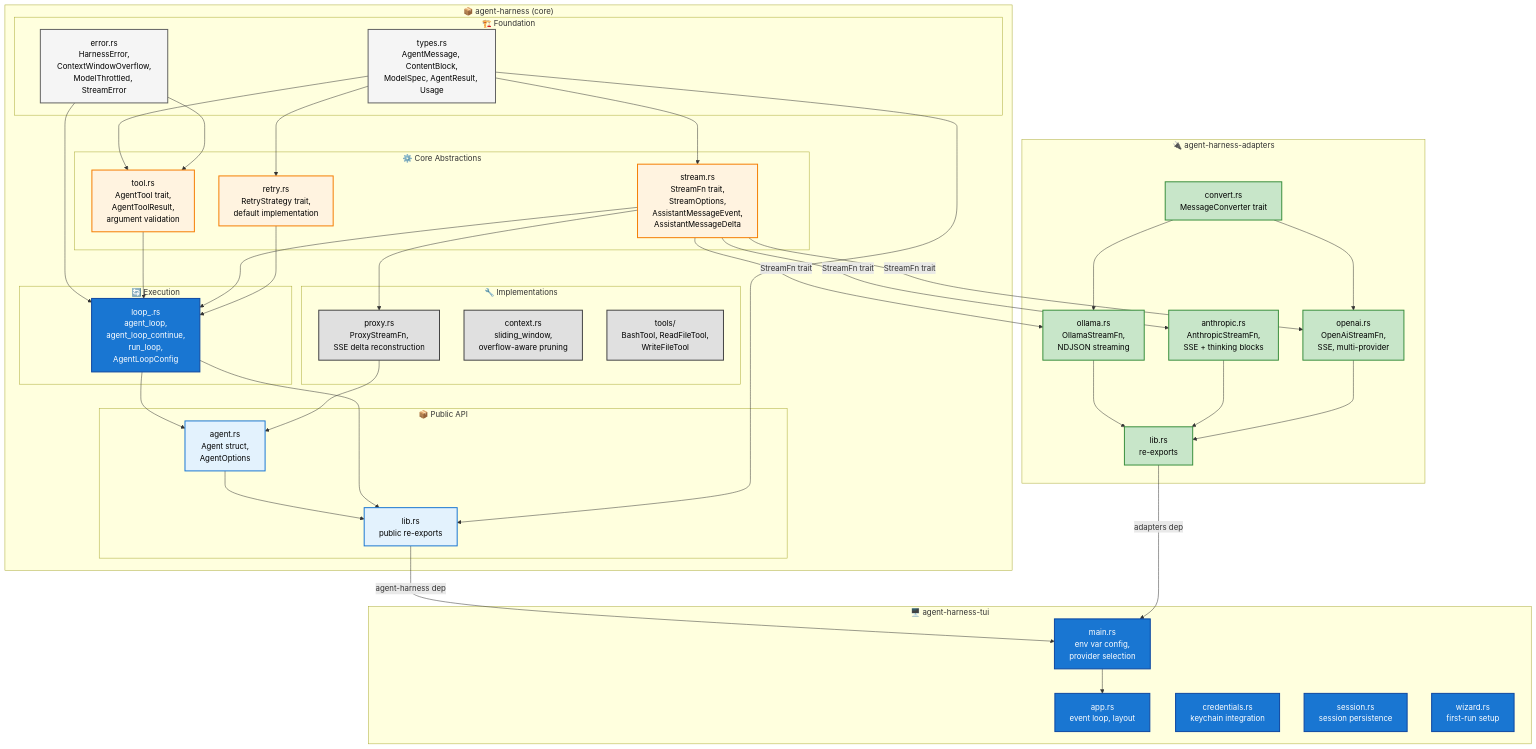
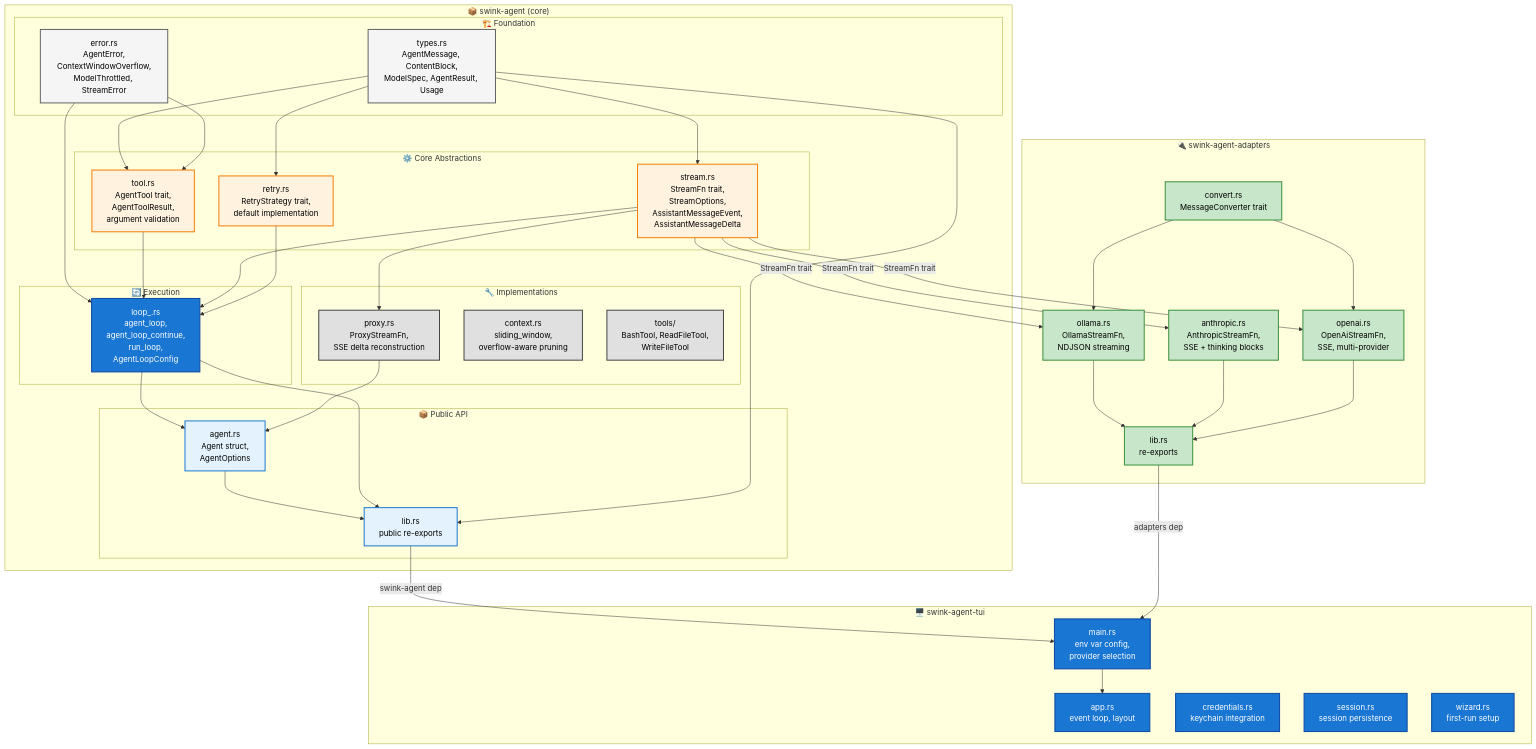
Before and after one commit to SuperSwinkAI/Swink-Agent: the fourth of 5 diagrams in docs/architecture/HLD.md, drawn with Mermaid. The commit also changed other lines of this file and 58 other files, not shown here.

First line of the commit message:
Rename project from agent-harness to swink-agent

````diff
--- a/docs/architecture/HLD.md
+++ b/docs/architecture/HLD.md
@@ -250,9 +250,9 @@
 ```mermaid
 flowchart TB
-    subgraph CoreCrate["📦 agent-harness (core)"]
+    subgraph CoreCrate["📦 swink-agent (core)"]
         subgraph FoundationLayer["🏗️ Foundation"]
             types["types.rs<br/>AgentMessage, ContentBlock,<br/>ModelSpec, AgentResult, Usage"]
-            error["error.rs<br/>HarnessError,<br/>ContextWindowOverflow,<br/>ModelThrottled, StreamError"]
+            error["error.rs<br/>AgentError,<br/>ContextWindowOverflow,<br/>ModelThrottled, StreamError"]
         end
 
         subgraph CoreLayer["⚙️ Core Abstractions"]
@@ -277,7 +277,7 @@
         end
     end
 
-    subgraph AdaptersCrate["🔌 agent-harness-adapters"]
+    subgraph AdaptersCrate["🔌 swink-agent-adapters"]
         adapters_lib["lib.rs<br/>re-exports"]
         ollama["ollama.rs<br/>OllamaStreamFn,<br/>NDJSON streaming"]
         anthropic["anthropic.rs<br/>AnthropicStreamFn,<br/>SSE + thinking blocks"]
@@ -285,7 +285,7 @@
         convert["convert.rs<br/>MessageConverter trait"]
     end
 
-    subgraph TUICrate["🖥️ agent-harness-tui"]
+    subgraph TUICrate["🖥️ swink-agent-tui"]
         tui_main["main.rs<br/>env var config,<br/>provider selection"]
         tui_app["app.rs<br/>event loop, layout"]
         tui_creds["credentials.rs<br/>keychain integration"]
@@ -317,7 +317,7 @@
     convert --> ollama
     convert --> openai
 
-    lib -->|"agent-harness dep"| tui_main
+    lib -->|"swink-agent dep"| tui_main
     adapters_lib -->|"adapters dep"| tui_main
     tui_main --> tui_app
 
````
